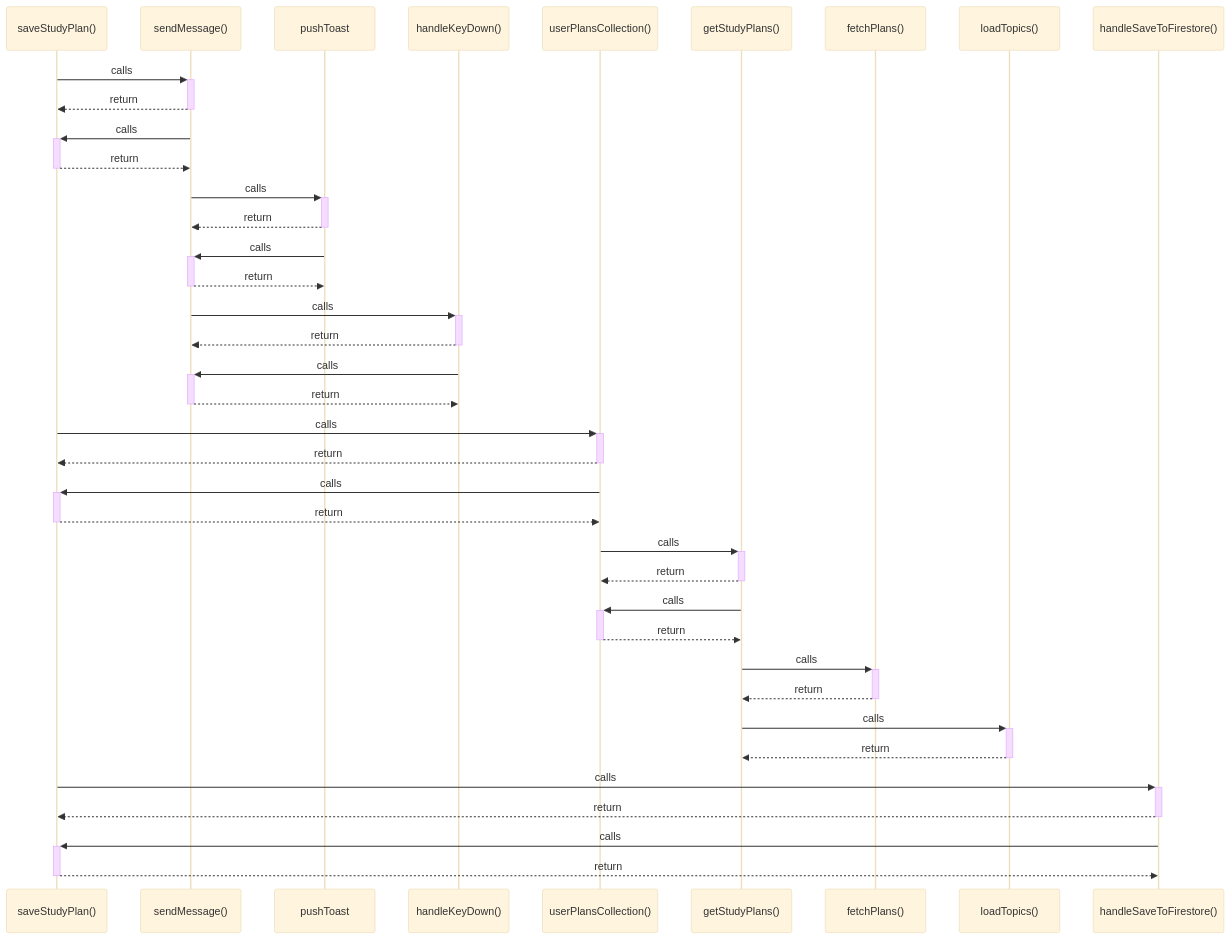
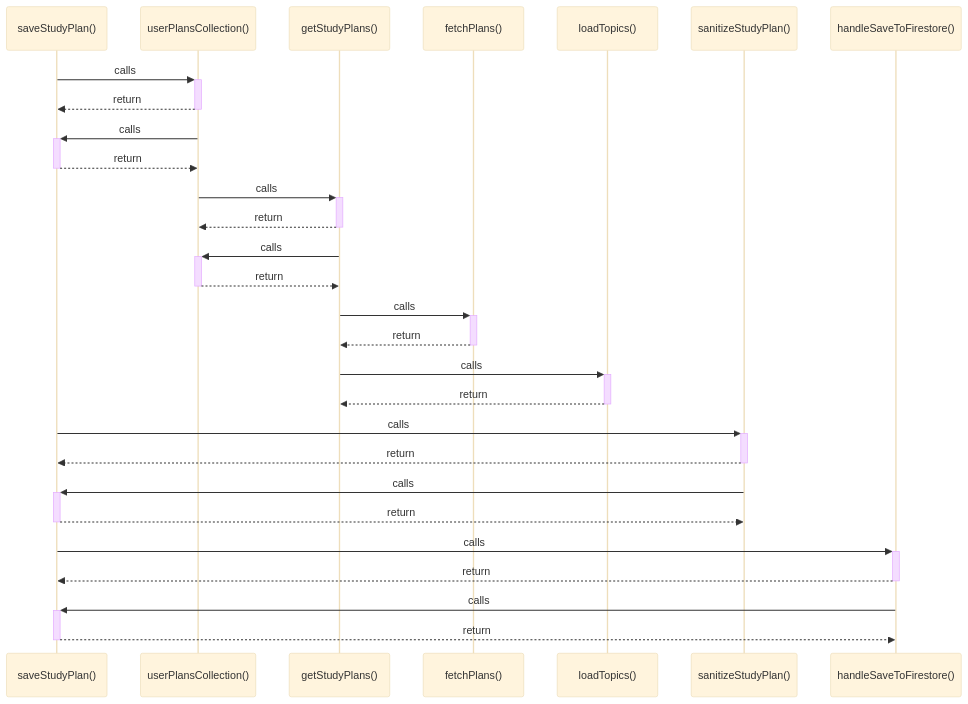
The diagram in src/graphify-out/wiki/saveStudyPlan().md (Exselsa/studysync-ai), drawn with Mermaid (base theme) before and after one commit. The commit also changed other lines of this file and 35 other files, not shown here.

Commit message:
feat: fix plan persistence, add game timer, 1v1 taunts, study meet room, and update landing page

````diff
--- a/src/graphify-out/wiki/saveStudyPlan().md
+++ b/src/graphify-out/wiki/saveStudyPlan().md
@@ -7,40 +7,30 @@
 ```mermaid
 sequenceDiagram
     participant P0 as saveStudyPlan()
-    participant P1 as sendMessage()
-    participant P2 as pushToast
-    participant P3 as handleKeyDown()
-    participant P4 as userPlansCollection()
-    participant P5 as getStudyPlans()
-    participant P6 as fetchPlans()
-    participant P7 as loadTopics()
-    participant P8 as handleSaveToFirestore()
+    participant P1 as userPlansCollection()
+    participant P2 as getStudyPlans()
+    participant P3 as fetchPlans()
+    participant P4 as loadTopics()
+    participant P5 as sanitizeStudyPlan()
+    participant P6 as handleSaveToFirestore()
     P0->>+ P1: calls
     P1-->>- P0: return
     P1->>+ P0: calls
     P0-->>- P1: return
     P1->>+ P2: calls
     P2-->>- P1: return
     P2->>+ P1: calls
     P1-->>- P2: return
-    P1->>+ P3: calls
-    P3-->>- P1: return
-    P3->>+ P1: calls
-    P1-->>- P3: return
-    P0->>+ P4: calls
-    P4-->>- P0: return
-    P4->>+ P0: calls
-    P0-->>- P4: return
-    P4->>+ P5: calls
-    P5-->>- P4: return
-    P5->>+ P4: calls
-    P4-->>- P5: return
-    P5->>+ P6: calls
-    P6-->>- P5: return
-    P5->>+ P7: calls
-    P7-->>- P5: return
-    P0->>+ P8: calls
-    P8-->>- P0: return
-    P8->>+ P0: calls
-    P0-->>- P8: return
+    P2->>+ P3: calls
+    P3-->>- P2: return
+    P2->>+ P4: calls
+    P4-->>- P2: return
+    P0->>+ P5: calls
+    P5-->>- P0: return
+    P5->>+ P0: calls
+    P0-->>- P5: return
+    P0->>+ P6: calls
+    P6-->>- P0: return
+    P6->>+ P0: calls
+    P0-->>- P6: return
 ```
````
